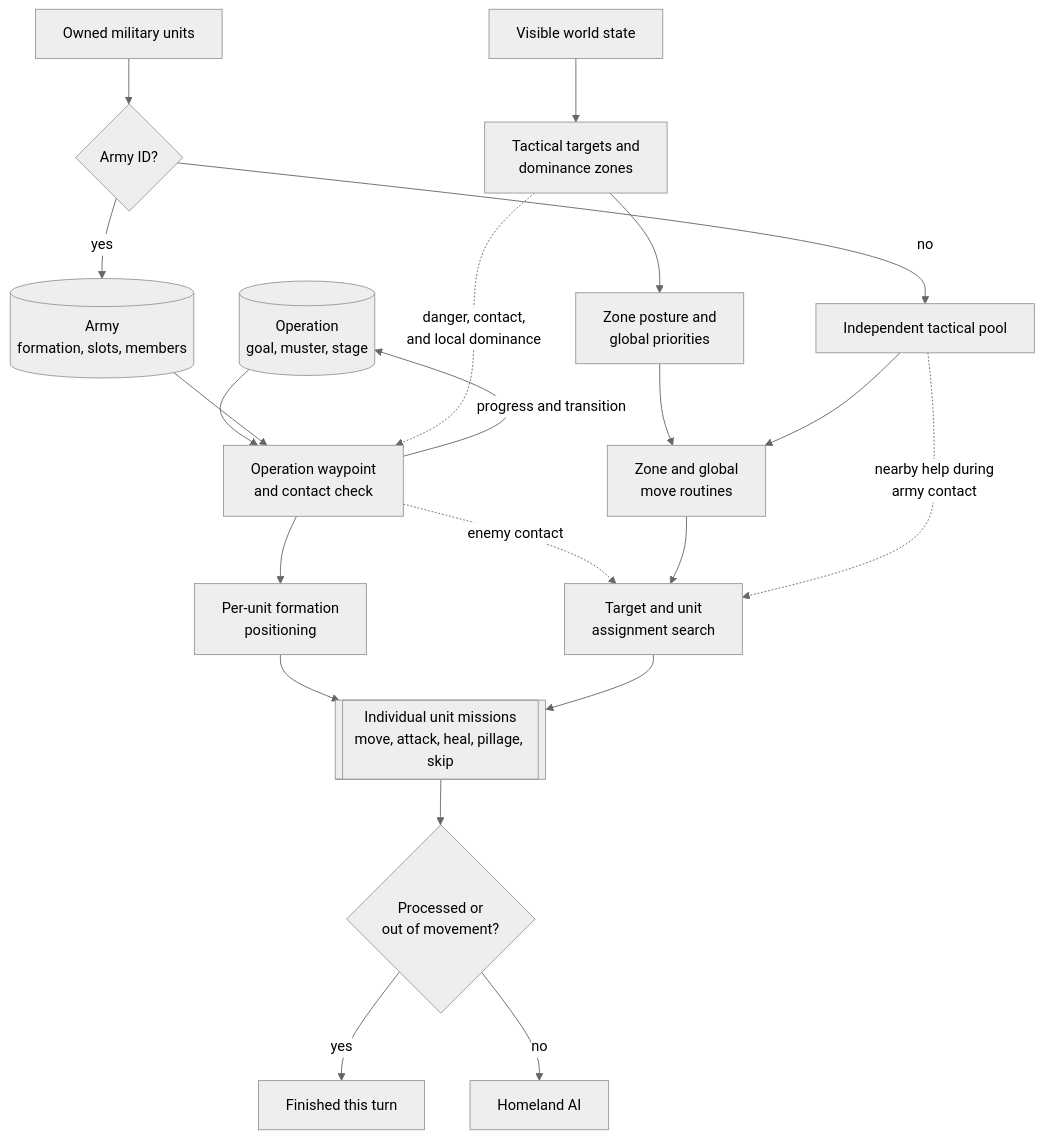
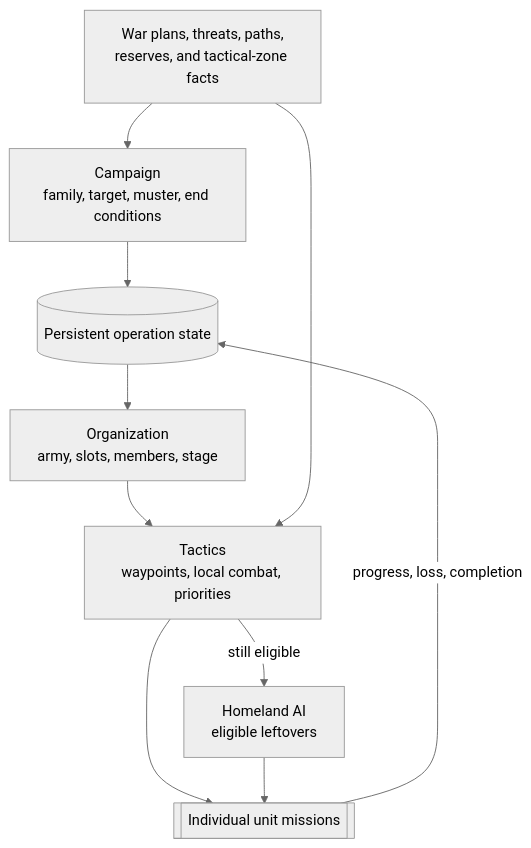
Before and after one commit to vox-deorum/vox-deorum: the diagram in docs/developers/civ5-dll/unit-ai/military-unit-operation.md, drawn with Mermaid (neutral theme). The commit also changed other lines of this file and 7 other files, not shown here.

````diff
--- a/docs/developers/civ5-dll/unit-ai/military-unit-operation.md
+++ b/docs/developers/civ5-dll/unit-ai/military-unit-operation.md
@@ -123,40 +17,20 @@
 ```mermaid
 flowchart TD
-    O[(Operation<br/>goal, muster, stage)]
-    A[(Army<br/>formation, slots, members)]
-    U[Owned military units]
-    D{Army ID?}
-    I[Independent tactical pool]
-    W[Visible world state]
-    Z[Tactical targets and<br/>dominance zones]
-    P[Zone posture and<br/>global priorities]
-    AM[Operation waypoint<br/>and contact check]
-    FM[Per-unit formation<br/>positioning]
-    IM[Zone and global<br/>move routines]
-    Q[Target and unit<br/>assignment search]
-    R[[Individual unit missions<br/>move, attack, heal, pillage, skip]]
-    C{Processed or<br/>out of movement?}
-    E[Finished this turn]
-    H[Homeland AI]
+    W[War plans, threats, paths,<br/>reserves, and tactical-zone facts]
+    C[Campaign<br/>family, target, muster, end conditions]
+    O[(Persistent operation state)]
+    A[Organization<br/>army, slots, members, stage]
+    T[Tactics<br/>waypoints, local combat, priorities]
+    M[[Individual unit missions]]
+    H[Homeland AI<br/>eligible leftovers]
 
-    U --> D
-    D -->|yes| A
-    D -->|no| I
-    W --> Z
-    Z --> P
-    O --> AM
-    A --> AM
-    Z -. danger, contact,<br/>and local dominance .-> AM
-    P --> IM
-    I --> IM
-    AM --> FM
-    AM -. enemy contact .-> Q
-    IM --> Q
-    I -. nearby help during<br/>army contact .-> Q
-    FM --> R
-    Q --> R
-    R --> C
-    C -->|yes| E
-    C -->|no| H
-    AM -->|progress and transition| O
+    W --> C
+    C --> O
+    O --> A
+    A --> T
+    W --> T
+    T --> M
+    T -->|still eligible| H
+    H --> M
+    M -->|progress, loss, completion| O
 ```
````
